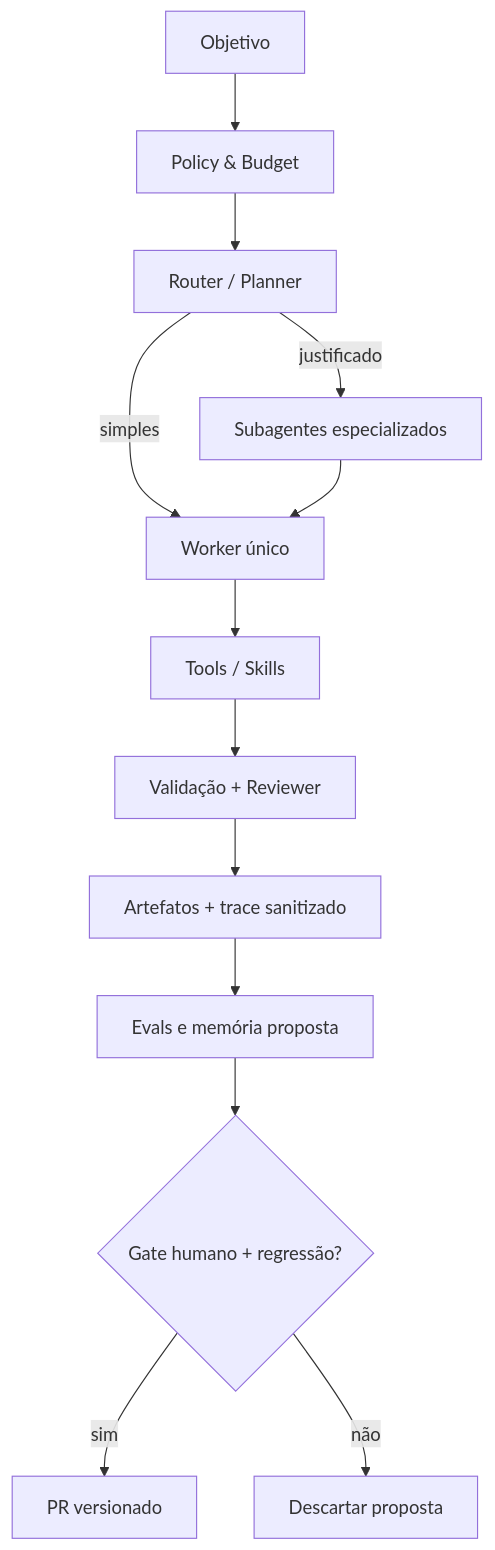
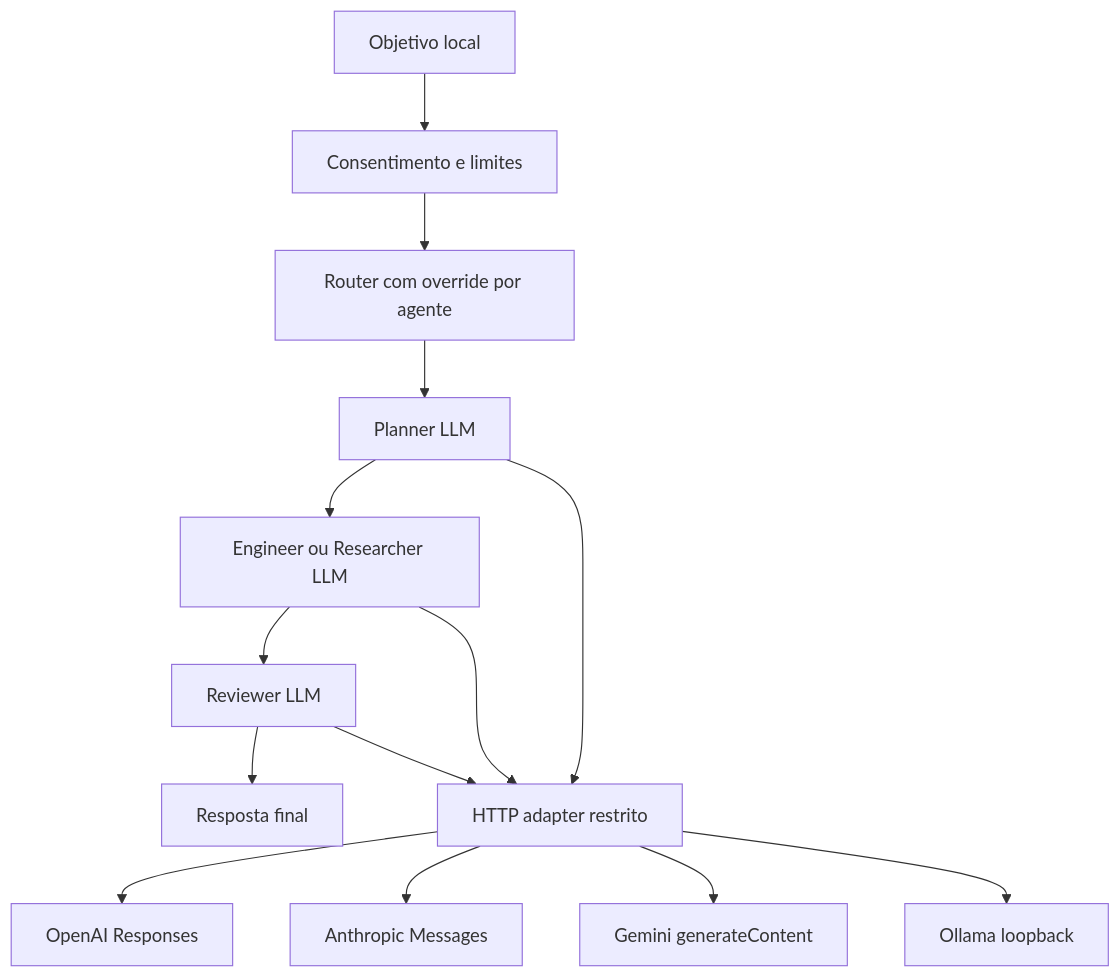
The diagram in docs/ARCHITECTURE.md (yusei21/Harnesses), drawn with Mermaid before and after one commit. The commit also changed other lines of this file and 11 other files, not shown here.

````diff
--- a/docs/ARCHITECTURE.md
+++ b/docs/ARCHITECTURE.md
@@ -14,15 +3,16 @@
 ```mermaid
 flowchart TD
- U[Objetivo] --> P[Policy & Budget]
- P --> R[Router / Planner]
- R -->|simples| W[Worker único]
- R -->|justificado| D[Subagentes especializados]
- D --> W
- W --> T[Tools / Skills]
- T --> V[Validação + Reviewer]
- V --> A[Artefatos + trace sanitizado]
- A --> E[Evals e memória proposta]
- E --> G{Gate humano + regressão?}
- G -->|sim| PR[PR versionado]
- G -->|não| STOP[Descartar proposta]
+ U[Objetivo local] --> G[Consentimento e limites]
+ G --> R[Router com override por agente]
+ R --> P[Planner LLM]
+ P --> E[Engineer ou Researcher LLM]
+ E --> V[Reviewer LLM]
+ V --> O[Resposta final]
+ P --> H[HTTP adapter restrito]
+ E --> H
+ V --> H
+ H --> A[OpenAI Responses]
+ H --> B[Anthropic Messages]
+ H --> C[Gemini generateContent]
+ H --> D[Ollama loopback]
 ```
````
